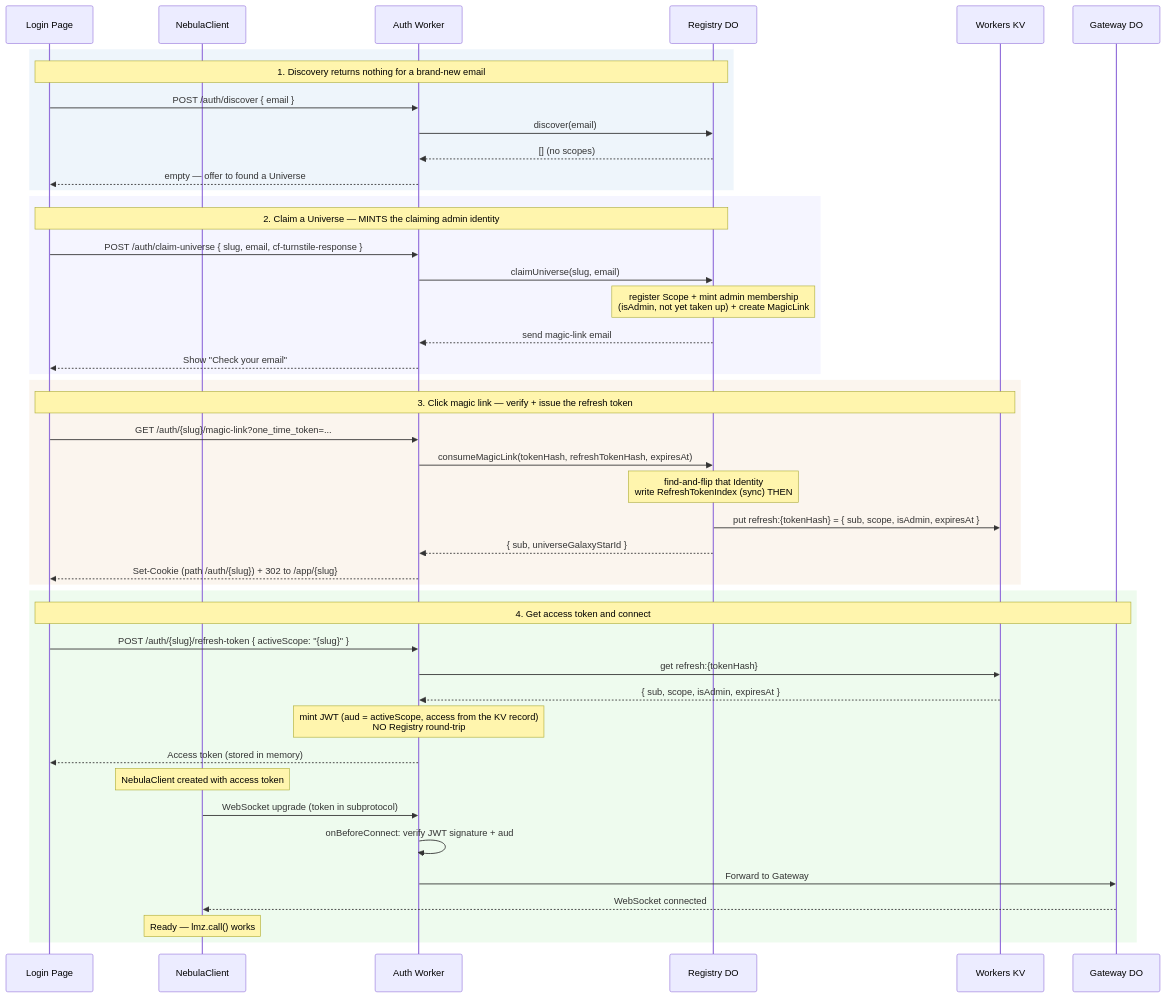
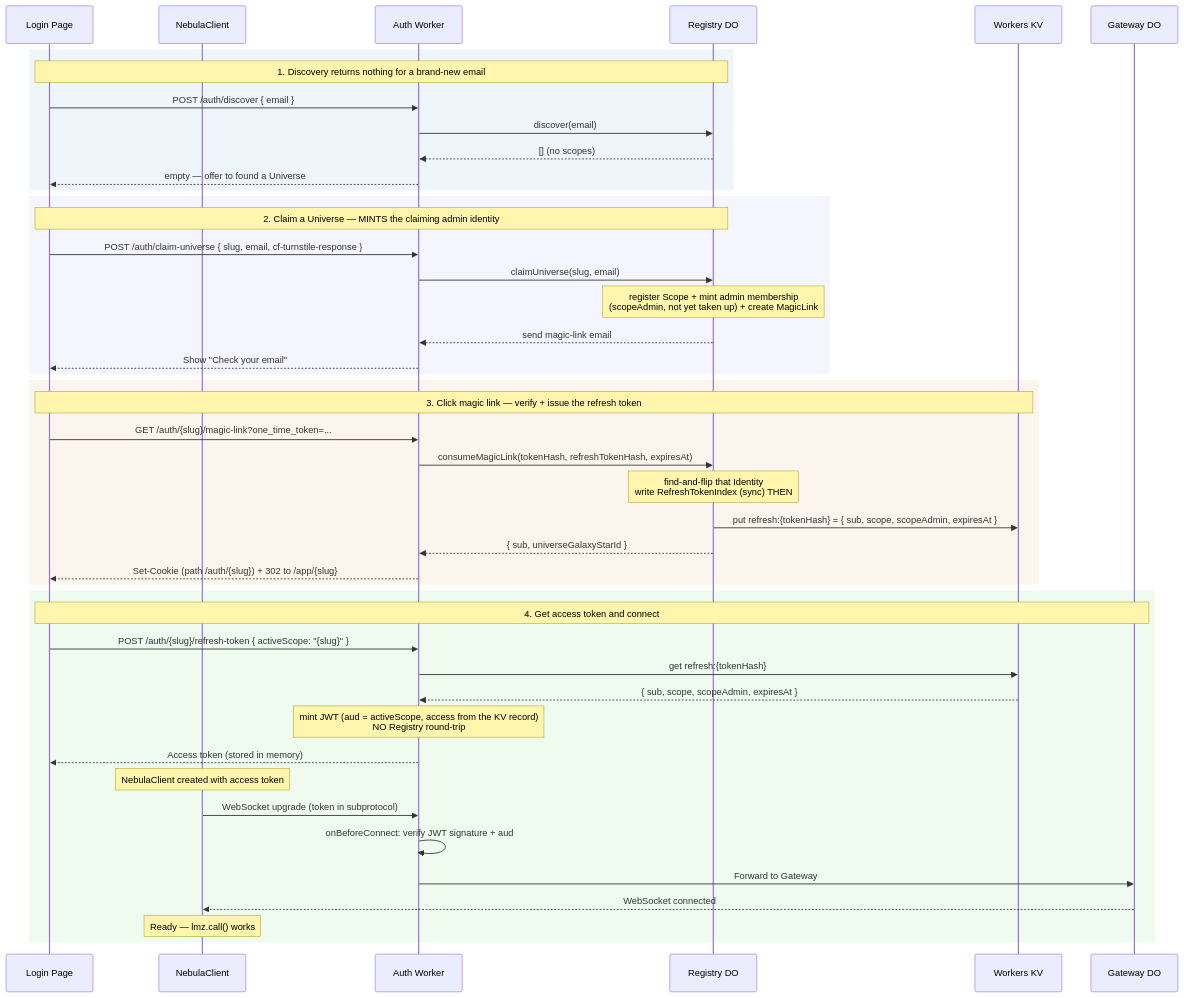
The first of 6 diagrams in website/docs/nebula/auth-flows.md (lumenize/lumenize), drawn with Mermaid before and after one commit. The commit also changed other lines of this file and 2 other files, not shown here.

First line of the commit message:
docs: propagate the own-scope invite rule

````diff
--- a/website/docs/nebula/auth-flows.md
+++ b/website/docs/nebula/auth-flows.md
@@ -40,51 +40,51 @@
 ```mermaid
 sequenceDiagram
     participant UI as Login Page
     participant NC as NebulaClient
     participant W as Auth Worker
     participant R as Registry DO
     participant KV as Workers KV
     participant GW as Gateway DO
 
     rect rgba(200, 220, 240, 0.3)
         Note over UI,R: 1. Discovery returns nothing for a brand-new email
         UI->>W: POST /auth/discover { email }
         W->>R: discover(email)
         R-->>W: [] (no scopes)
         W-->>UI: empty — offer to found a Universe
     end
 
     rect rgba(220, 220, 255, 0.3)
         Note over UI,R: 2. Claim a Universe — MINTS the claiming admin identity
         UI->>W: POST /auth/claim-universe { slug, email, cf-turnstile-response }
         W->>R: claimUniverse(slug, email)
-        Note over R: register Scope + mint admin membership<br/>(isAdmin, not yet taken up) + create MagicLink
+        Note over R: register Scope + mint admin membership<br/>(scopeAdmin, not yet taken up) + create MagicLink
         R-->>W: send magic-link email
         W-->>UI: Show "Check your email"
     end
 
     rect rgba(240, 220, 200, 0.3)
         Note over UI,KV: 3. Click magic link — verify + issue the refresh token
         UI->>W: GET /auth/{slug}/magic-link?one_time_token=...
         W->>R: consumeMagicLink(tokenHash, refreshTokenHash, expiresAt)
         Note over R: find-and-flip that Identity<br/>write RefreshTokenIndex (sync) THEN
-        R->>KV: put refresh:{tokenHash} = { sub, scope, isAdmin, expiresAt }
+        R->>KV: put refresh:{tokenHash} = { sub, scope, scopeAdmin, expiresAt }
         R-->>W: { sub, universeGalaxyStarId }
         W-->>UI: Set-Cookie (path /auth/{slug}) + 302 to /app/{slug}
     end
 
     rect rgba(200, 240, 200, 0.3)
         Note over UI,GW: 4. Get access token and connect
         UI->>W: POST /auth/{slug}/refresh-token { activeScope: "{slug}" }
         W->>KV: get refresh:{tokenHash}
-        KV-->>W: { sub, scope, isAdmin, expiresAt }
+        KV-->>W: { sub, scope, scopeAdmin, expiresAt }
         Note over W: mint JWT (aud = activeScope, access from the KV record)<br/>NO Registry round-trip
         W-->>UI: Access token (stored in memory)
         Note over NC: NebulaClient created with access token
         NC->>W: WebSocket upgrade (token in subprotocol)
         W->>W: onBeforeConnect: verify JWT signature + aud
         W->>GW: Forward to Gateway
         GW-->>NC: WebSocket connected
         Note over NC: Ready — lmz.call() works
     end
 ```
````
